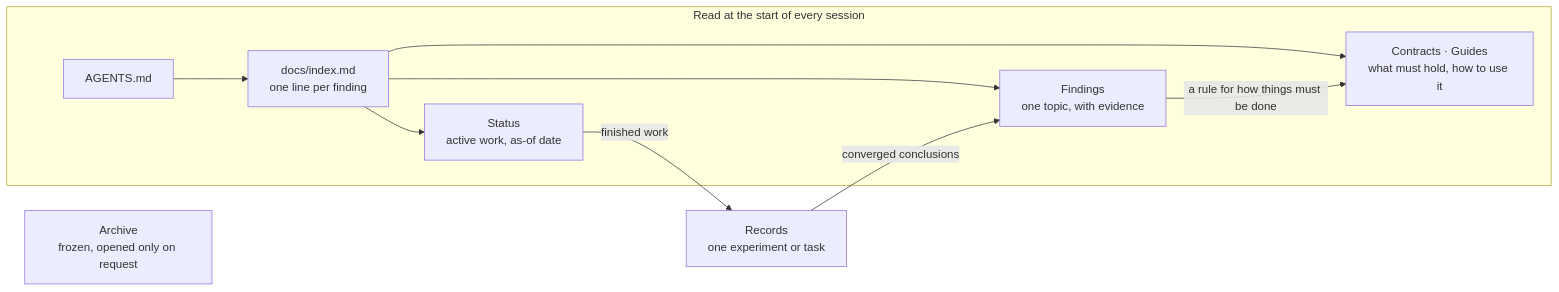
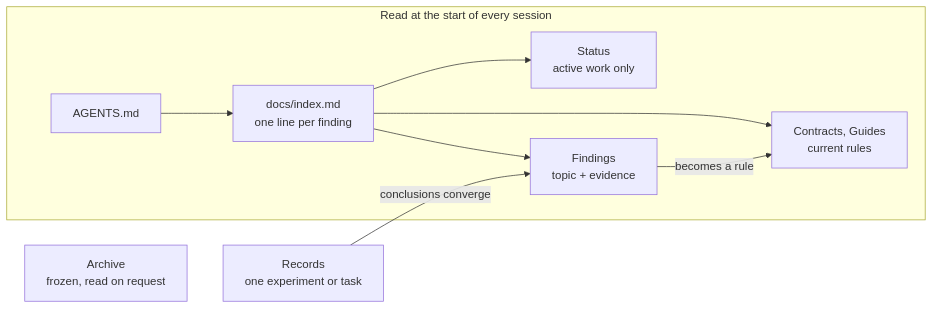
The diagram in README.md (mq-yuan/project-docs), drawn with Mermaid before and after one commit. The commit also changed 1 other file, not shown here.

Commit message:
docs: simplify the document diagram layout

````diff
--- a/README.md
+++ b/README.md
@@ -41,13 +41,12 @@
 ```mermaid
 flowchart LR
   subgraph read["Read at the start of every session"]
     E["AGENTS.md"] --> I["docs/index.md<br/>one line per finding"]
-    I --> S["Status<br/>active work, as-of date"]
-    I --> C["Contracts · Guides<br/>what must hold, how to use it"]
-    I --> F["Findings<br/>one topic, with evidence"]
+    I --> S["Status<br/>active work only"]
+    I --> C["Contracts, Guides<br/>current rules"]
+    I --> F["Findings<br/>topic + evidence"]
   end
-  R["Records<br/>one experiment or task"] -->|"converged conclusions"| F
-  F -->|"a rule for how things must be done"| C
-  S -->|"finished work"| R
-  A["Archive<br/>frozen, opened only on request"]
+  R["Records<br/>one experiment or task"] -->|"conclusions converge"| F
+  F -->|"becomes a rule"| C
+  A["Archive<br/>frozen, read on request"]
 ```
````
